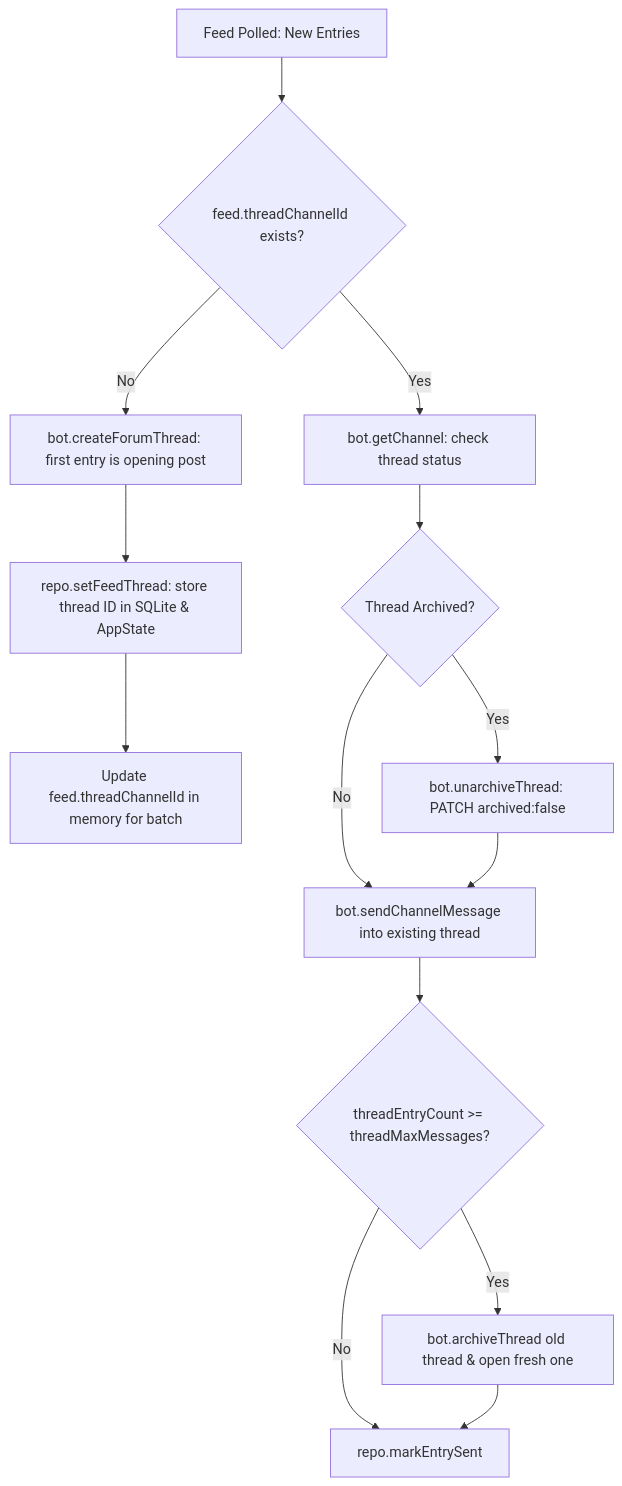
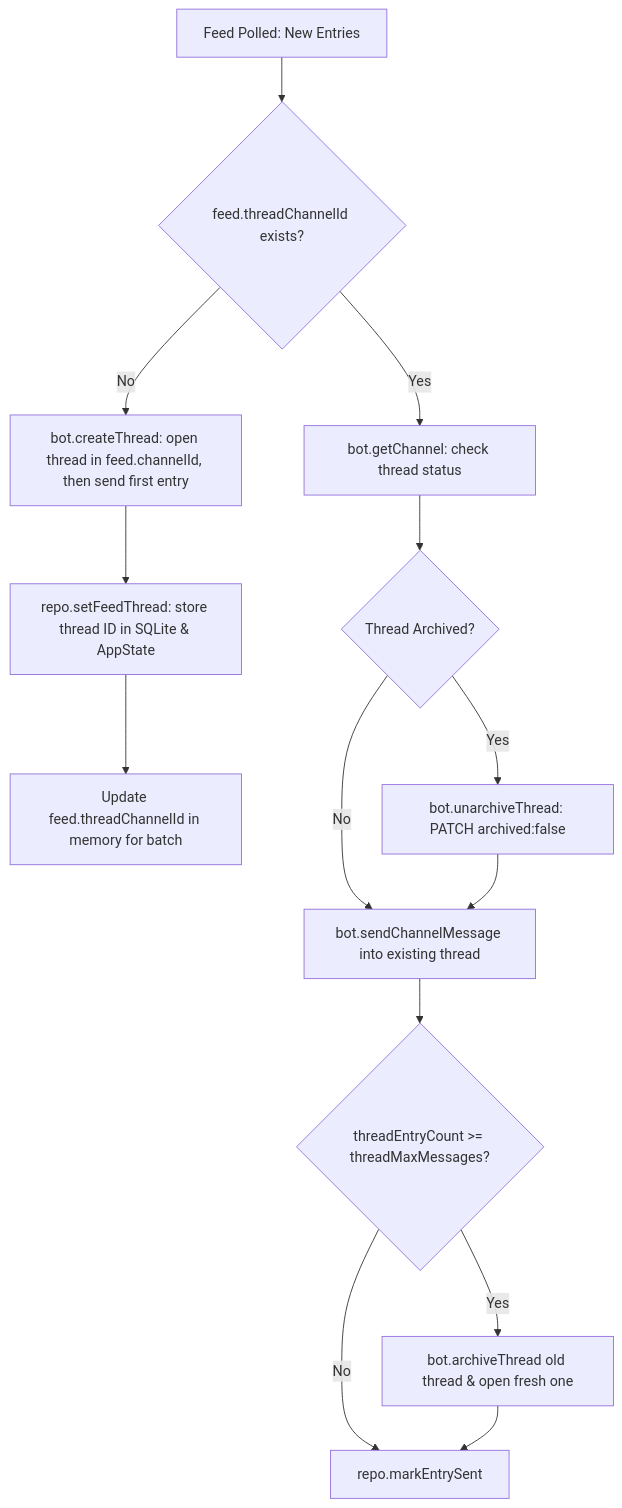
The diagram in .agents/skills/feed-syndication.md (HELIX-Origin/HELIX-Discord-Bot), drawn with Mermaid before and after one commit. The commit also changed other lines of this file and 27 other files, not shown here.

Commit message:
✨ feat(feeds): honor THREADS_ENABLED global gate and sync forum-to-thread docs

````diff
--- a/.agents/skills/feed-syndication.md
+++ b/.agents/skills/feed-syndication.md
@@ -25,19 +25,19 @@
 ```mermaid
 flowchart TD
     FeedPoll[Feed Polled: New Entries] --> CheckThread{feed.threadChannelId exists?}
     
-    CheckThread -->|No| Create[bot.createForumThread: first entry is opening post]
+    CheckThread -->|No| Create[bot.createThread: open thread in feed.channelId, then send first entry]
     Create --> SaveThread[repo.setFeedThread: store thread ID in SQLite & AppState]
     SaveThread --> Propagate[Update feed.threadChannelId in memory for batch]
     
     CheckThread -->|Yes| FetchSnap[bot.getChannel: check thread status]
     FetchSnap --> IsArchived{Thread Archived?}
     IsArchived -->|Yes| Unarchive[bot.unarchiveThread: PATCH archived:false]
     IsArchived -->|No| Send[bot.sendChannelMessage into existing thread]
     Unarchive --> Send
     
     Send --> CheckMax{threadEntryCount >= threadMaxMessages?}
     CheckMax -->|Yes| Rotate[bot.archiveThread old thread & open fresh one]
     CheckMax -->|No| MarkSent[repo.markEntrySent]
     Rotate --> MarkSent
 ```
````
